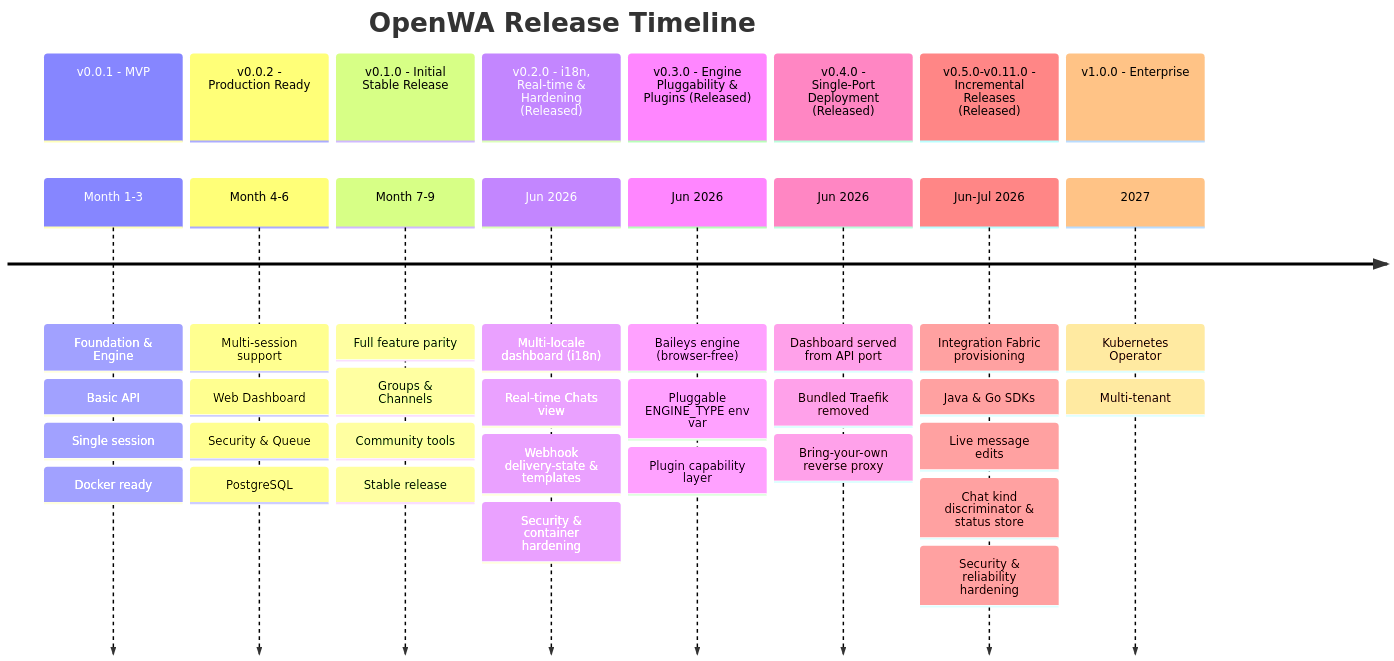
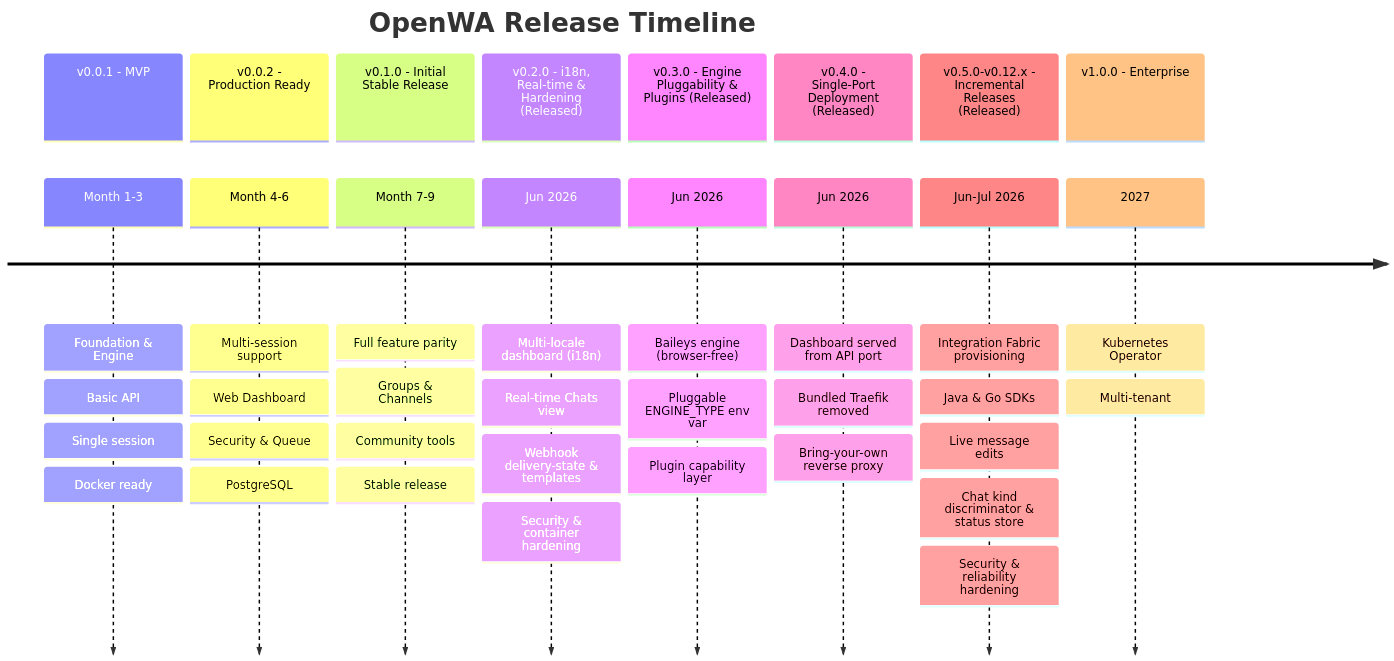
The first of 7 diagrams in docs/15-project-roadmap.md (nourayman21k/OpenWA), drawn with Mermaid before and after one commit. The commit also changed other lines of this file and 4 other files, not shown here.

````diff
--- a/docs/15-project-roadmap.md
+++ b/docs/15-project-roadmap.md
@@ -5,49 +5,49 @@
 ```mermaid
 timeline
     title OpenWA Release Timeline
 
     section v0.0.1 - MVP
         Month 1-3 : Foundation & Engine
                   : Basic API
                   : Single session
                   : Docker ready
 
     section v0.0.2 - Production Ready
         Month 4-6 : Multi-session support
                   : Web Dashboard
                   : Security & Queue
                   : PostgreSQL
 
     section v0.1.0 - Initial Stable Release
         Month 7-9 : Full feature parity
                   : Groups & Channels
                   : Community tools
                   : Stable release
 
     section v0.2.0 - i18n, Real-time & Hardening (Released)
         Jun 2026 : Multi-locale dashboard (i18n)
                  : Real-time Chats view
                  : Webhook delivery-state & templates
                  : Security & container hardening
 
     section v0.3.0 - Engine Pluggability & Plugins (Released)
         Jun 2026 : Baileys engine (browser-free)
                  : Pluggable ENGINE_TYPE env var
                  : Plugin capability layer
 
     section v0.4.0 - Single-Port Deployment (Released)
         Jun 2026 : Dashboard served from API port
                  : Bundled Traefik removed
                  : Bring-your-own reverse proxy
 
-    section v0.5.0-v0.11.0 - Incremental Releases (Released)
+    section v0.5.0-v0.12.x - Incremental Releases (Released)
         Jun-Jul 2026 : Integration Fabric provisioning
                      : Java & Go SDKs
                      : Live message edits
                      : Chat kind discriminator & status store
                      : Security & reliability hardening
 
     section v1.0.0 - Enterprise
         2027 : Kubernetes Operator
              : Multi-tenant
 ```
````
